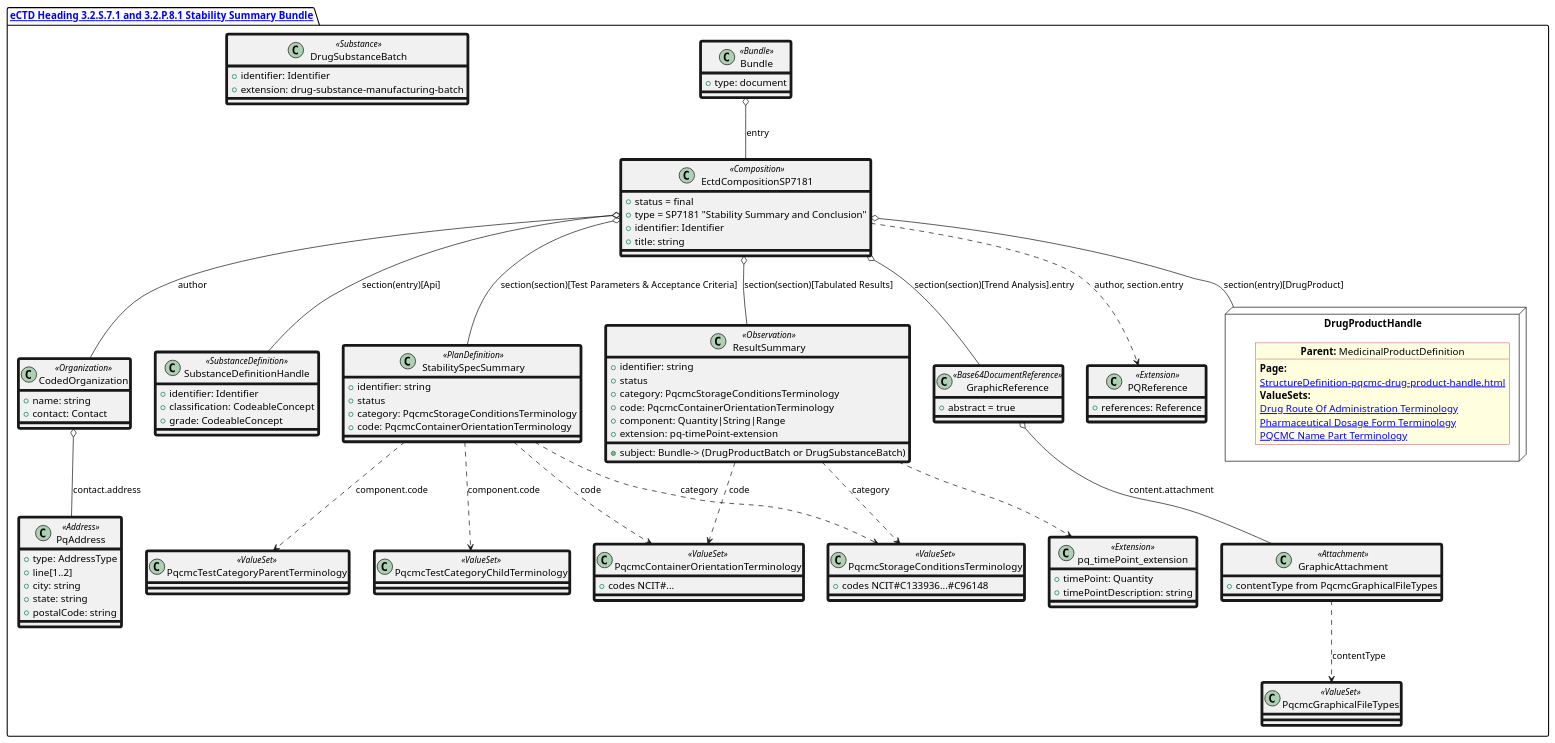
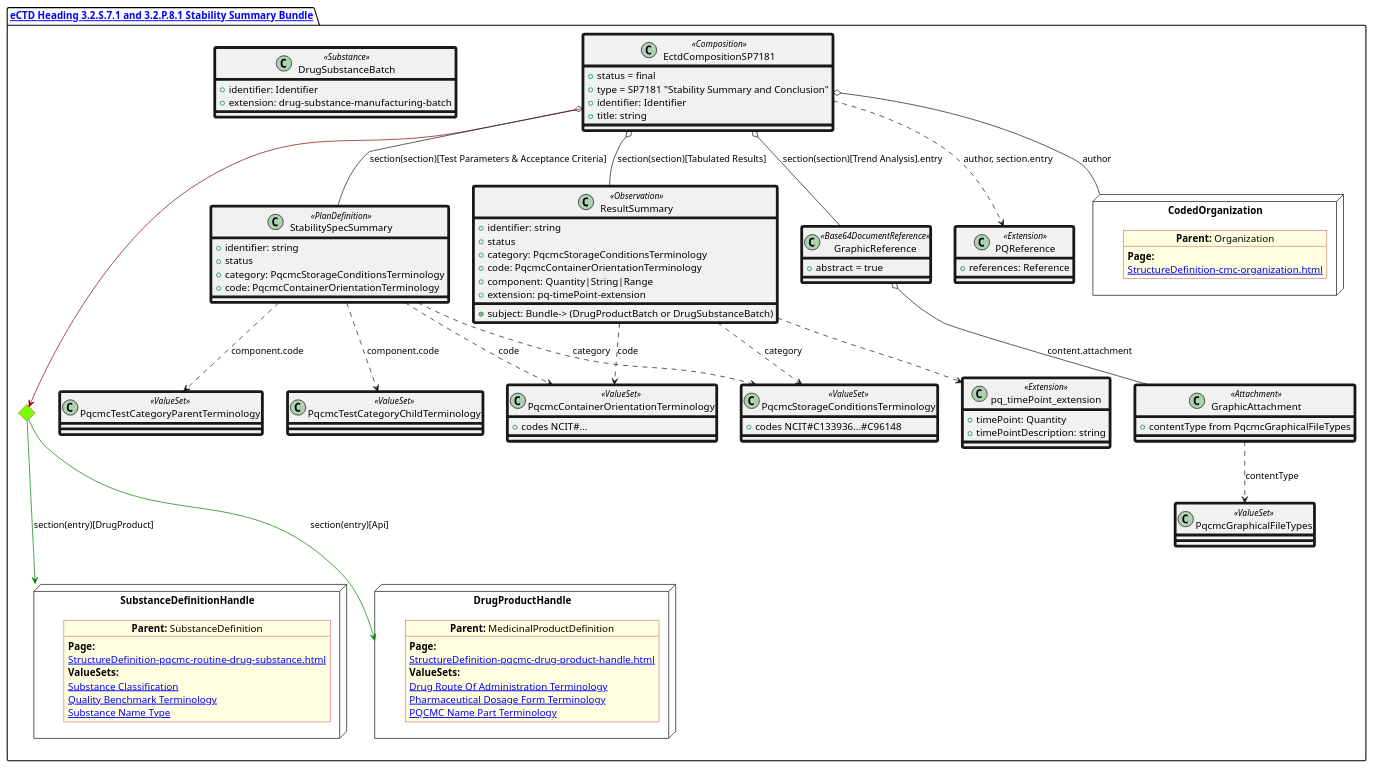
The diagram in input/images-source/StabilitySummary.plantuml (HL7/FHIR-us-pq-cmc-fda), drawn with PlantUML before and after one commit. The commit also changed 1 other file, not shown here.

```diff
--- a/input/images-source/StabilitySummary.plantuml
+++ b/input/images-source/StabilitySummary.plantuml
@@ -1,151 +1,148 @@
 @startuml StabilitySummary
 allowmixing
 'Mixed model of use case and object
 skinparam svgDimensionStyle false
 skinparam ObjectBackgroundColor LightYellow
 skinparam ObjectBorderColor #A80036
 skinparam activityDiamondBorderColor #A80036
 skinparam activityDiamondBackgroundColor lawnGreen
 skinparam ClassBorderThickness 4
 
 package "[[StructureDefinition-cmc-ectd-document-sp7181.html eCTD Heading 3.2.S.7.1 and 3.2.P.8.1 Stability Summary Bundle]]" as NODES {
 
 
-  ' Bundle container for all entries
-  class Bundle <<Bundle>> {
-    +type: document
-  }
-
   ' Composition profile for stability summary
   class EctdCompositionSP7181 <<Composition>> {
     +status = final
     +type = SP7181 "Stability Summary and Conclusion"
     +identifier: Identifier
     +title: string
   }
 
-  ' Reference to sponsoring organization
-  class CodedOrganization <<Organization>> {
-    +name: string
-    +contact: Contact
+
+  node "CodedOrganization" as CodedOrganization  {
+
+    object "**Parent:** Organization" as objDP {
+      **Page:**
+      [[StructureDefinition-cmc-organization.html]]
+    }
   }
 
-  ' Address profile for contacts
-  class PqAddress <<Address>> {
-    +type: AddressType
-    +line[1..2]
-    +city: string
-    +state: string
-    +postalCode: string
-  }
+  diamond CH
 
-
-    node "DrugProductHandle" as DrugProductHandle {
+  node "DrugProductHandle" as DrugProductHandle {
 
     object "**Parent:** MedicinalProductDefinition" as objcross {
       **Page:**
       [[StructureDefinition-pqcmc-drug-product-handle.html]]
       **ValueSets:**
       [[ValueSet-spl-drug-route-of-administration-terminology.html Drug Route Of Administration Terminology]]
       [[ValueSet-spl-pharmaceutical-dosage-form-terminology.html Pharmaceutical Dosage Form Terminology]]
       [[ValueSet-pqcmc-name-part-terminology.html PQCMC Name Part Terminology]]
     }
   }
 
-  ' Drug substance definition handle
-  class SubstanceDefinitionHandle <<SubstanceDefinition>> {
-    +identifier: Identifier
-    +classification: CodeableConcept
-    +grade: CodeableConcept
+  node "SubstanceDefinitionHandle" as SubstanceDefinitionHandle {
+
+    object "**Parent:** SubstanceDefinition" as obj3 {
+      **Page:**
+      [[StructureDefinition-pqcmc-routine-drug-substance.html]]
+      **ValueSets:**
+      [[ValueSet-substance-classification.html Substance Classification]]
+      [[ValueSet-pqcmc-quality-benchmark-terminology.html Quality Benchmark Terminology]]
+      [[ValueSet-pqcmc-substance-name-type.html Substance Name Type]]
+    }
   }
+
 
   ' Drug substance batch profile
   class DrugSubstanceBatch <<Substance>> {
     +identifier: Identifier
     +extension: drug-substance-manufacturing-batch
   }
 
   ' PlanDefinition for specification of stability tests
   class StabilitySpecSummary <<PlanDefinition>> {
     +identifier: string
     +status
     +category: PqcmcStorageConditionsTerminology
     +code: PqcmcContainerOrientationTerminology
   }
 
   ' Observation for result summary
   class ResultSummary <<Observation>> {
     +identifier: string
     +status
     +category: PqcmcStorageConditionsTerminology
     +code: PqcmcContainerOrientationTerminology
     +subject: Bundle-> (DrugProductBatch or DrugSubstanceBatch)
     +component: Quantity|String|Range
     +extension: pq-timePoint-extension
   }
 
   ' DocumentReference for graphic attachments
   class GraphicReference <<Base64DocumentReference>> {
     +abstract = true
   }
 
   ' Attachment profile for graphics
   class GraphicAttachment <<Attachment>> {
     +contentType from PqcmcGraphicalFileTypes
   }
 
   ' Extensions
   class PQReference <<Extension>> {
     +references: Reference
   }
   class pq_timePoint_extension <<Extension>> {
     +timePoint: Quantity
     +timePointDescription: string
   }
 
   ' ValueSets
   class PqcmcStorageConditionsTerminology <<ValueSet>> {
     +codes NCIT#C133936...#C96148
   }
   class PqcmcContainerOrientationTerminology <<ValueSet>> {
     +codes NCIT#...
   }
   class PqcmcTestCategoryParentTerminology <<ValueSet>>
   class PqcmcTestCategoryChildTerminology <<ValueSet>>
   class PqcmcGraphicalFileTypes <<ValueSet>>
 
   ' Relationships inside the Bundle
-  Bundle o-- EctdCompositionSP7181 : entry
+
   EctdCompositionSP7181 o-- CodedOrganization : author
-  CodedOrganization o-- PqAddress : contact.address
 
   ' Composition sections referencing other resources
-  EctdCompositionSP7181 o-- DrugProductHandle : section(entry)[DrugProduct]
-  EctdCompositionSP7181 o-- SubstanceDefinitionHandle : section(entry)[Api]
+  EctdCompositionSP7181 -[#darkred]--> CH
+  CH -[#green]--> DrugProductHandle : section(entry)[Api]
+  CH -[#green]--> SubstanceDefinitionHandle : section(entry)[DrugProduct]
+
   EctdCompositionSP7181 o-- StabilitySpecSummary : section(section)[Test Parameters & Acceptance Criteria]
 
   ' Results section entries
   EctdCompositionSP7181 o-- ResultSummary : section(section)[Tabulated Results]
 
   ' Trend Analysis graphics
   EctdCompositionSP7181 o-- GraphicReference : section(section)[Trend Analysis].entry
   GraphicReference o-- GraphicAttachment : content.attachment
 
   ' Observations reference extensions and ValueSets
   ResultSummary ..> pq_timePoint_extension
   ResultSummary ..> PqcmcStorageConditionsTerminology : category
   ResultSummary ..> PqcmcContainerOrientationTerminology : code
 
   ' PlanDefinition uses ValueSets
   StabilitySpecSummary ..> PqcmcStorageConditionsTerminology : category
   StabilitySpecSummary ..> PqcmcContainerOrientationTerminology : code
   StabilitySpecSummary ..> PqcmcTestCategoryParentTerminology : component.code
   StabilitySpecSummary ..> PqcmcTestCategoryChildTerminology : component.code
 
   ' GraphicAttachment binds to file-type ValueSet
   GraphicAttachment ..> PqcmcGraphicalFileTypes : contentType
 
   ' PQReference extension usage
   EctdCompositionSP7181 ..> PQReference : author, section.entry
 }
 @enduml
```
